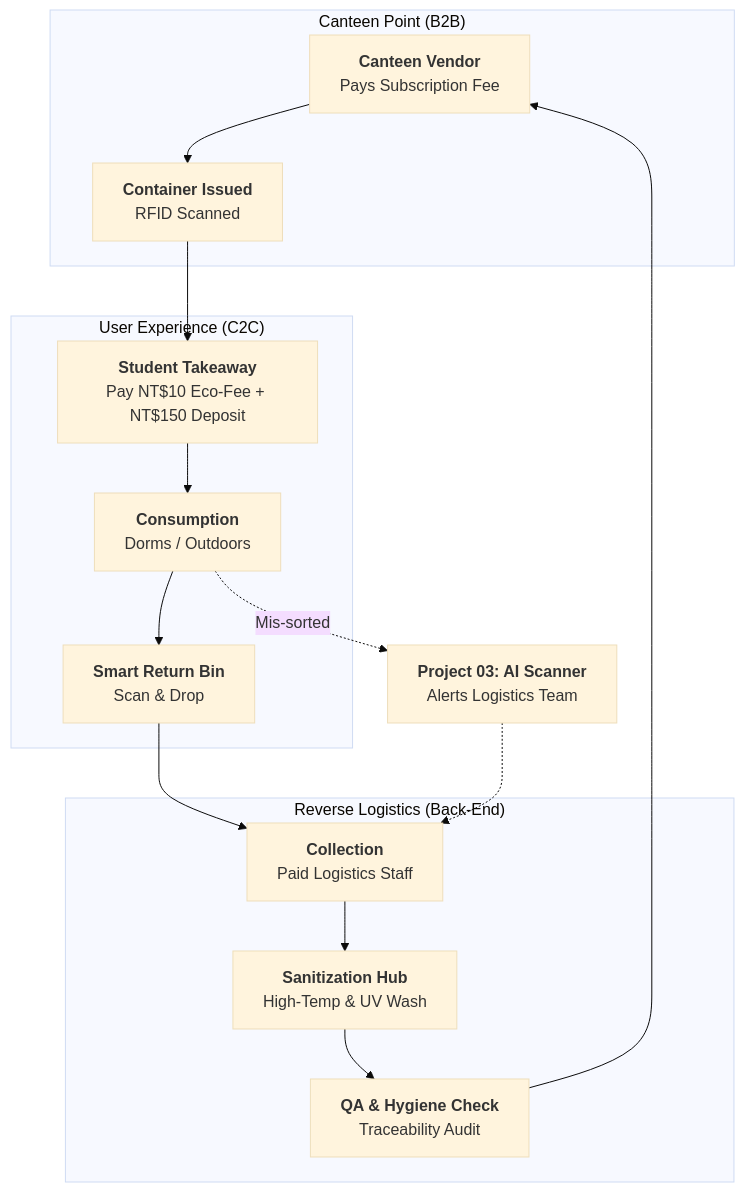
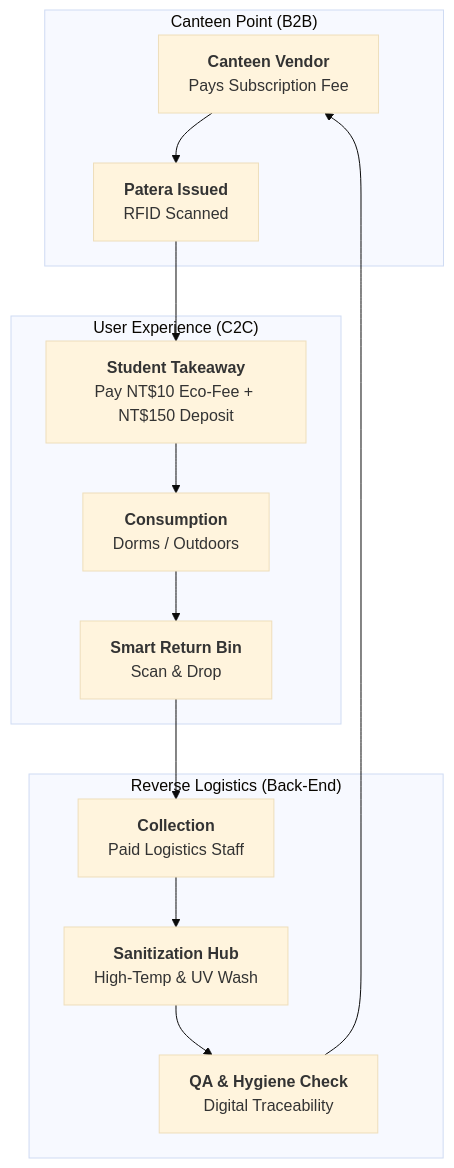
Before and after one commit to Steventanardi/NovusOrdo: the first of 2 diagrams in 05_ReLoop_Utensil/Award_Submission_Sections/Visual_Workflows.md, drawn with Mermaid (base theme). The commit also changed other lines of this file and 6 other files, not shown here.

````diff
--- a/05_ReLoop_Utensil/Award_Submission_Sections/Visual_Workflows.md
+++ b/05_ReLoop_Utensil/Award_Submission_Sections/Visual_Workflows.md
@@ -10,23 +10,19 @@
 ```mermaid
 graph TD
     subgraph "Canteen Point (B2B)"
-    A[<b>Canteen Vendor</b><br/>Pays Subscription Fee] --> B[<b>Container Issued</b><br/>RFID Scanned]
+    A[<b>Canteen Vendor</b><br/>Pays Subscription Fee] --> B[<b>Patera Issued</b><br/>RFID Scanned]
     end
 
     subgraph "User Experience (C2C)"
     B --> C[<b>Student Takeaway</b><br/>Pay NT$10 Eco-Fee + NT$150 Deposit]
     C --> D[<b>Consumption</b><br/>Dorms / Outdoors]
     D --> E[<b>Smart Return Bin</b><br/>Scan & Drop]
     end
 
     subgraph "Reverse Logistics (Back-End)"
     E --> F[<b>Collection</b><br/>Paid Logistics Staff]
     F --> G[<b>Sanitization Hub</b><br/>High-Temp & UV Wash]
-    G --> H[<b>QA & Hygiene Check</b><br/>Traceability Audit]
+    G --> H[<b>QA & Hygiene Check</b><br/>Digital Traceability]
     H --> A
     end
-
-    %% Recovery Loop
-    D -.->|Mis-sorted| I[<b>Project 03: AI Scanner</b><br/>Alerts Logistics Team]
-    I -.-> F
 ```
````
